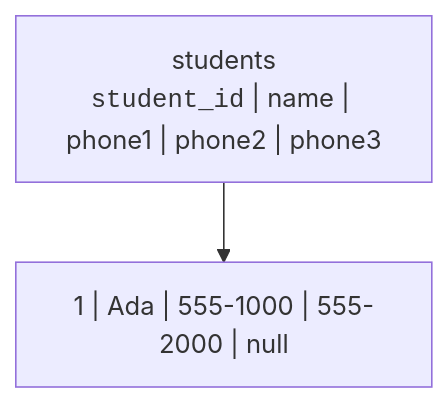
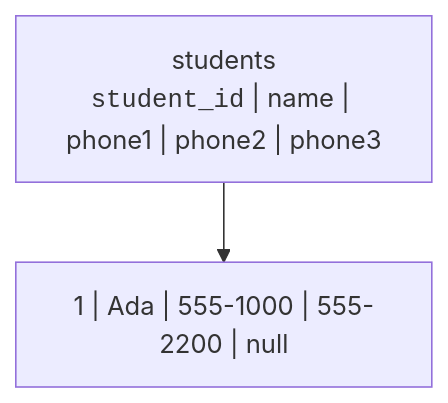
One commit to dataslope/dataslope changed the third of 6 diagrams in content/courses/database-design-postgresql/first-normal-form.mdx. Above: the diagram before and after it, drawn with Mermaid. The commit also changed other lines of this file and 1380 other files, not shown here.

````diff
--- a/content/courses/database-design-postgresql/first-normal-form.mdx
+++ b/content/courses/database-design-postgresql/first-normal-form.mdx
@@ -62,5 +62,5 @@
 ```mermaid
 flowchart TB
     S["students<br/><code>student_id</code> | name | phone1 | phone2 | phone3"]
-    S --> R["1 | Ada | 555-1000 | 555-2000 | null"]
+    S --> R["1 | Ada | 555-1000 | 555-2200 | null"]
 ```
````
